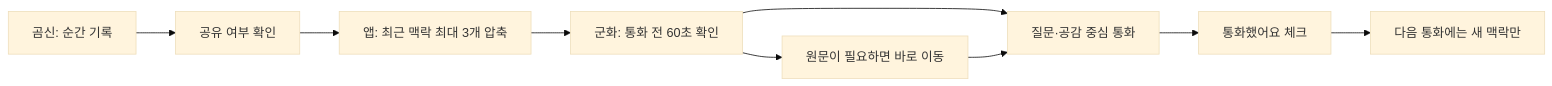
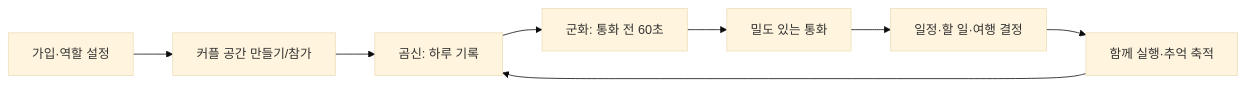
The first of 8 diagrams in docs/USER_FLOWS.md (yesung23/gomsin-log), drawn with Mermaid (base theme) before and after one commit. The commit also changed other lines of this file and 25 other files, not shown here.

````diff
--- a/docs/USER_FLOWS.md
+++ b/docs/USER_FLOWS.md
@@ -5,11 +7,10 @@
 ```mermaid
 flowchart LR
-    A["곰신: 순간 기록"] --> B["공유 여부 확인"]
-    B --> C["앱: 최근 맥락 최대 3개 압축"]
-    C --> D["군화: 통화 전 60초 확인"]
-    D --> E["원문이 필요하면 바로 이동"]
-    D --> F["질문·공감 중심 통화"]
-    E --> F
-    F --> G["통화했어요 체크"]
-    G --> H["다음 통화에는 새 맥락만"]
+  A["가입·역할 설정"] --> B["커플 공간 만들기/참가"]
+  B --> C["곰신: 하루 기록"]
+  C --> D["군화: 통화 전 60초"]
+  D --> E["밀도 있는 통화"]
+  E --> F["일정·할 일·여행 결정"]
+  F --> G["함께 실행·추억 축적"]
+  G --> C
 ```
````
